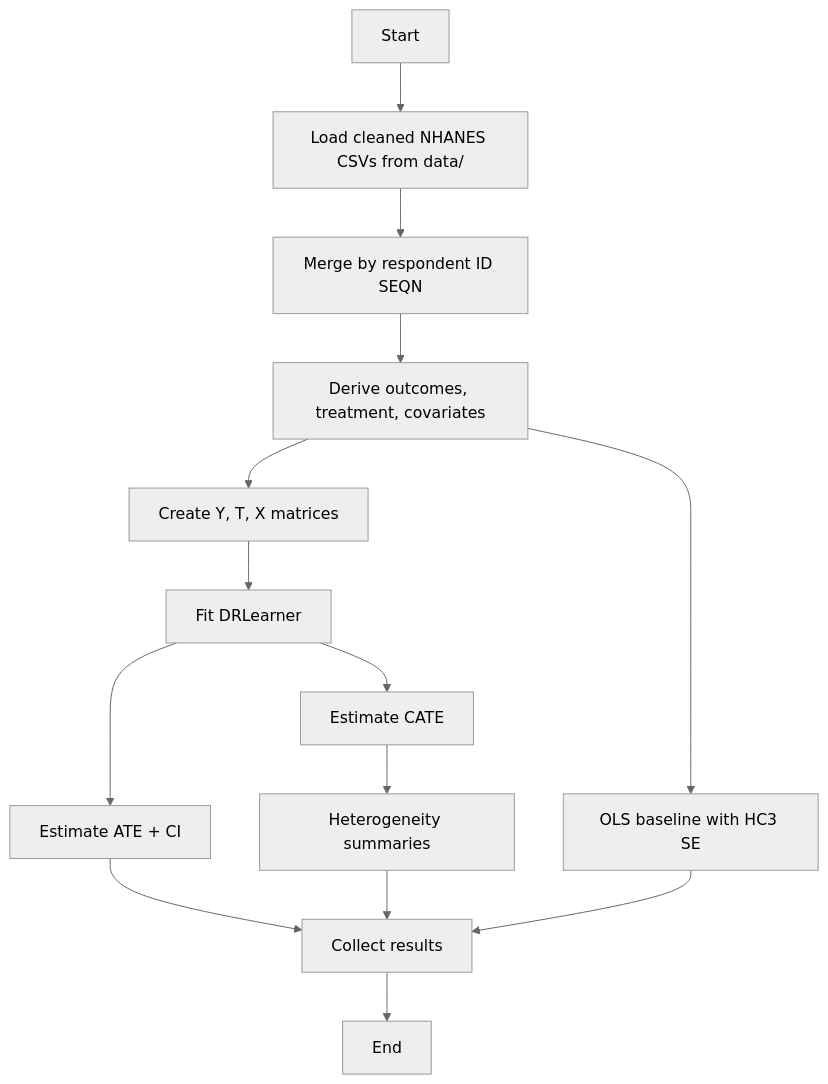
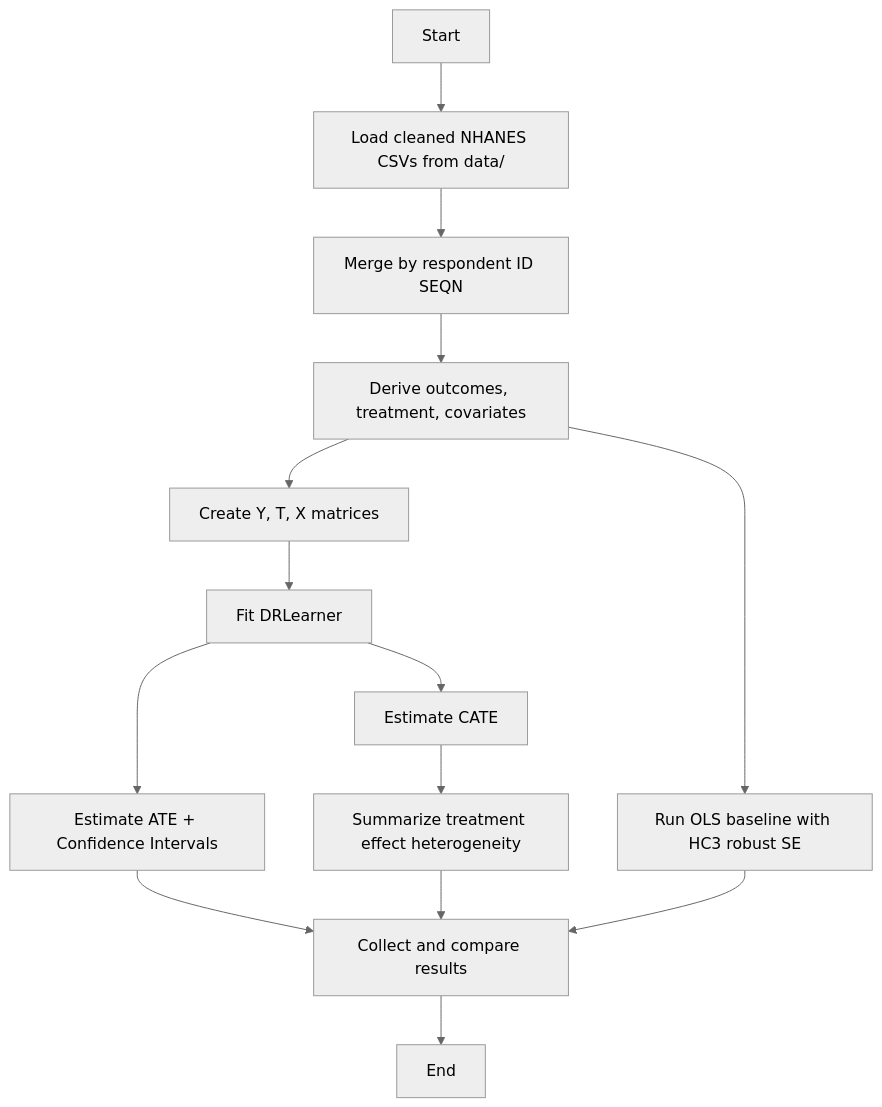
Before and after one commit to gpsaggese/gpsaggese.github.io: the diagram in class_project/MSML610/Fall2025/Projects/TutorTask82_Fall2025_EconML_Evaluating_the_Impact_of_Health_Interventions_on_Patient_Outcomes/README.md, drawn with Mermaid (neutral theme). The commit also changed other lines of this file, not shown here.

````diff
--- a/class_project/MSML610/Fall2025/Projects/TutorTask82_Fall2025_EconML_Evaluating_the_Impact_of_Health_Interventions_on_Patient_Outcomes/README.md
+++ b/class_project/MSML610/Fall2025/Projects/TutorTask82_Fall2025_EconML_Evaluating_the_Impact_of_Health_Interventions_on_Patient_Outcomes/README.md
@@ -99,16 +117,16 @@
 ```mermaid
 flowchart TD
     A[Start] --> B[Load cleaned NHANES CSVs from data/]
     B --> C[Merge by respondent ID SEQN]
     C --> D[Derive outcomes, treatment, covariates]
     D --> E[Create Y, T, X matrices]
     E --> F[Fit DRLearner]
-    F --> G[Estimate ATE + CI]
+    F --> G[Estimate ATE + Confidence Intervals]
     F --> H[Estimate CATE]
-    H --> I[Heterogeneity summaries]
-    D --> J[OLS baseline with HC3 SE]
-    G --> K[Collect results]
+    H --> I[Summarize treatment effect heterogeneity]
+    D --> J[Run OLS baseline with HC3 robust SE]
+    G --> K[Collect and compare results]
     I --> K
     J --> K
     K --> L[End]
 ```
````
